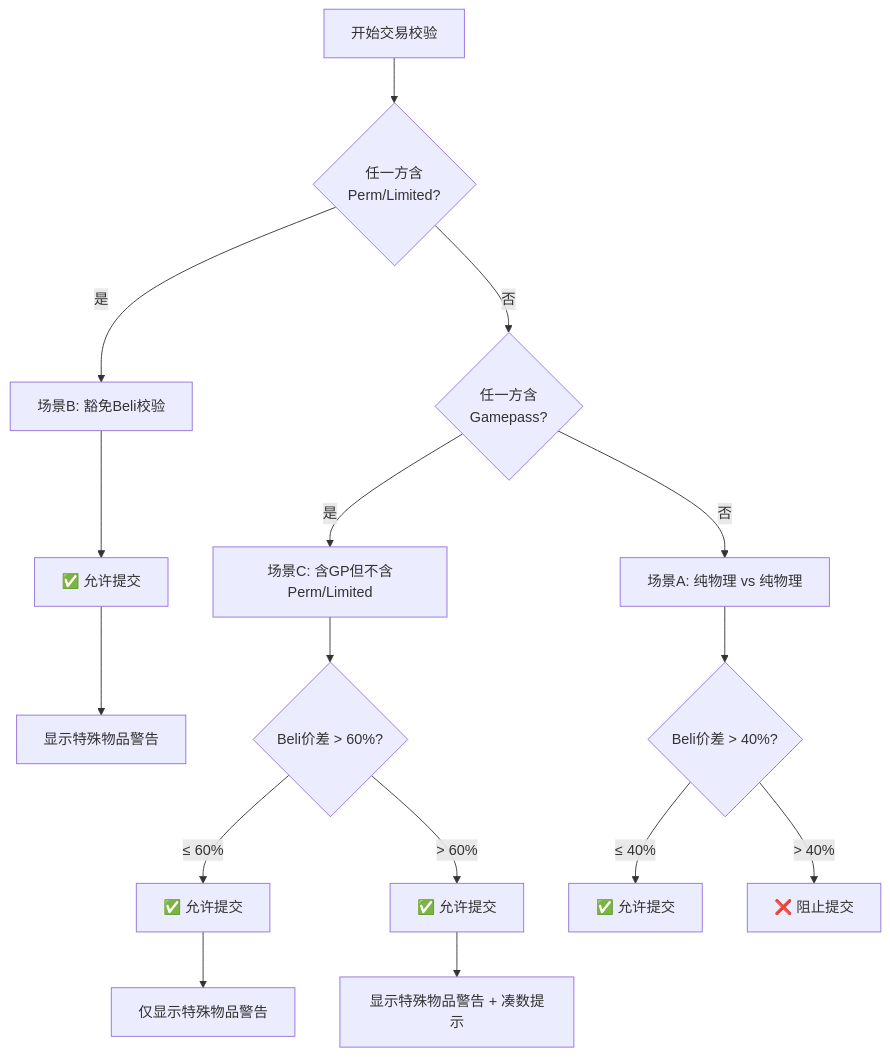
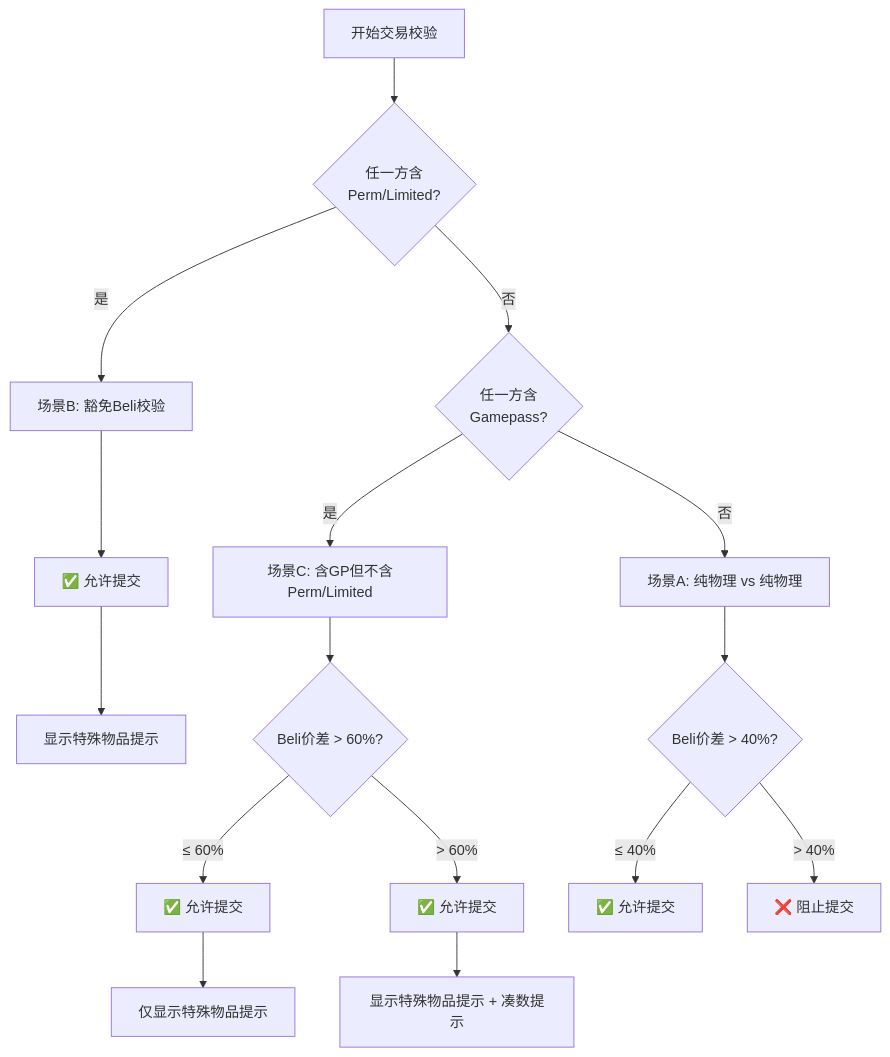
One commit to Vanessawxz07/garden-connect changed the second of 2 diagrams in docs/prd/新游拓展专项-2025年1月.md. Above: the diagram before and after it, drawn with Mermaid. The commit also changed other lines of this file, not shown here.

````diff
--- a/docs/prd/新游拓展专项-2025年1月.md
+++ b/docs/prd/新游拓展专项-2025年1月.md
@@ -999,22 +1107,22 @@
 ```mermaid
 flowchart TD
     START[开始交易校验] --> CHECK_PERM{任一方含<br/>Perm/Limited?}
     
     CHECK_PERM -->|是| SCENE_B[场景B: 豁免Beli校验]
     SCENE_B --> ALLOW_B[✅ 允许提交]
-    ALLOW_B --> WARN_B[显示特殊物品警告]
+    ALLOW_B --> WARN_B[显示特殊物品提示]
     
     CHECK_PERM -->|否| CHECK_GP{任一方含<br/>Gamepass?}
     
     CHECK_GP -->|是| SCENE_C[场景C: 含GP但不含Perm/Limited]
     SCENE_C --> CALC_60{Beli价差 > 60%?}
     CALC_60 -->|≤ 60%| ALLOW_C1[✅ 允许提交]
-    ALLOW_C1 --> WARN_C1[仅显示特殊物品警告]
+    ALLOW_C1 --> WARN_C1[仅显示特殊物品提示]
     CALC_60 -->|> 60%| ALLOW_C2[✅ 允许提交]
-    ALLOW_C2 --> WARN_C2[显示特殊物品警告 + 凑数提示]
+    ALLOW_C2 --> WARN_C2[显示特殊物品提示 + 凑数提示]
     
     CHECK_GP -->|否| SCENE_A[场景A: 纯物理 vs 纯物理]
     SCENE_A --> CALC_40{Beli价差 > 40%?}
     CALC_40 -->|≤ 40%| ALLOW_A[✅ 允许提交]
     CALC_40 -->|> 40%| BLOCK_A[❌ 阻止提交]
 ```
````
